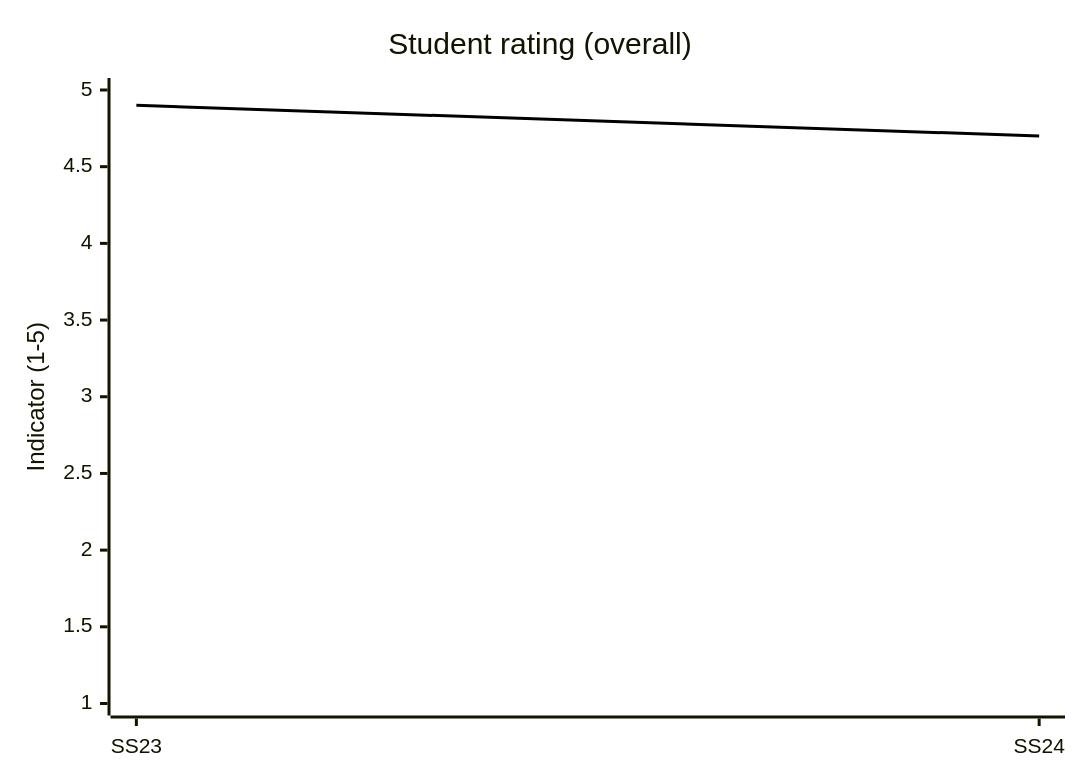
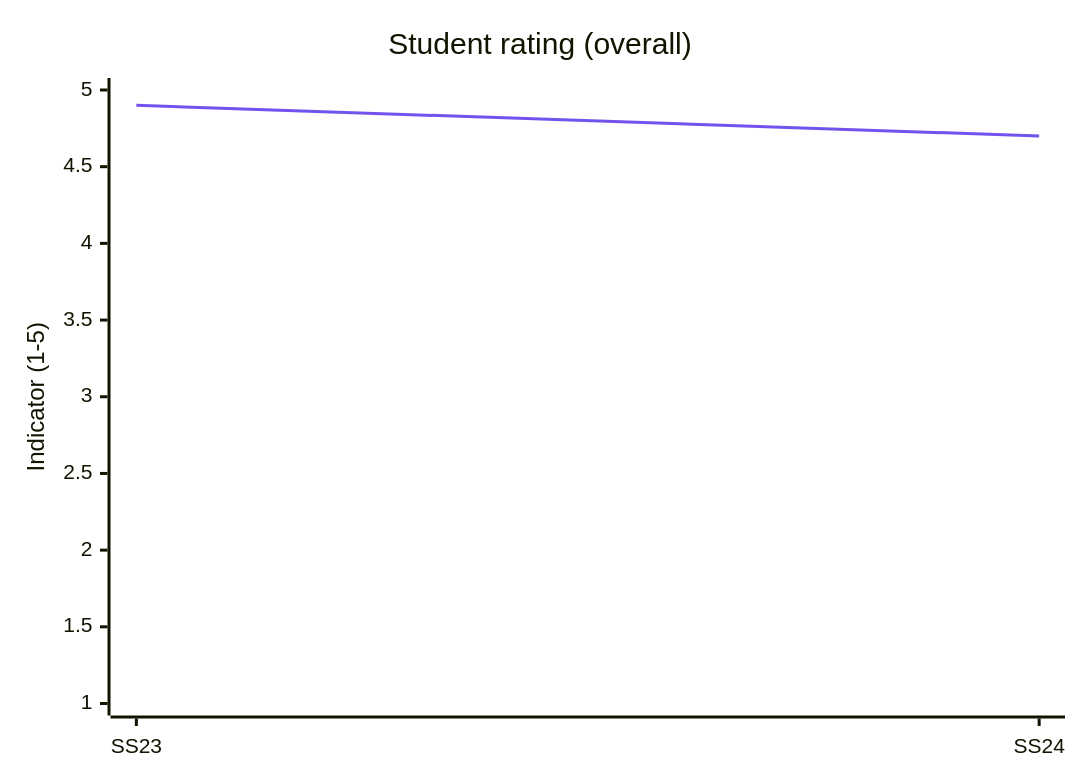
One commit to digital-work-lab/digital-work-lecture changed the first of 2 diagrams in docs/evaluations.md. Above: the diagram before and after it, drawn with Mermaid. The commit also changed other lines of this file, not shown here.

````diff
--- a/docs/evaluations.md
+++ b/docs/evaluations.md
@@ -24,8 +24,8 @@
 ```mermaid
-%%{init: { "themeVariables": {"xyChart": {"plotColorPalette": "#000000", "plotLineWidth": 4} } }}%%
+%%{init: { "themeVariables": {"xyChart": {"plotColorPalette": "#7253ed", "plotLineWidth": 4} } }}%%
 xychart-beta
     title "Student rating (overall)"
     x-axis [SS23, SS24]
     y-axis "Indicator (1-5)" 1 --> 5
     line [4.9, 4.7]
 ```
````
